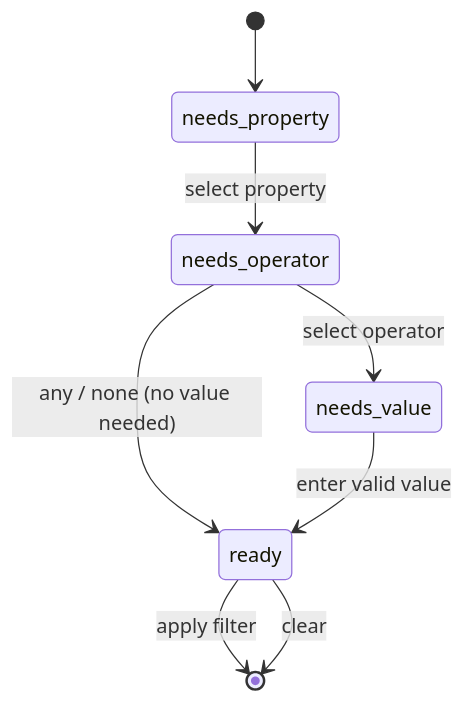
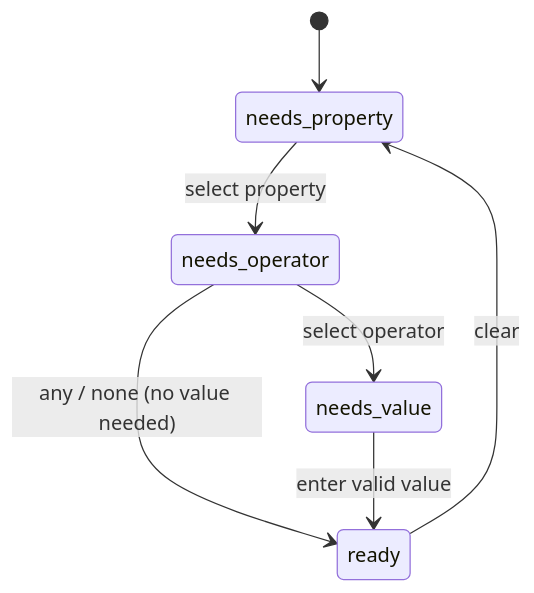
One commit to thaenor/salsify-condition-filter-UI changed the first of 2 diagrams in Docs/02_domain.md. Above: the diagram before and after it, drawn with Mermaid. The commit also changed other lines of this file and 7 other files, not shown here.

````diff
--- a/Docs/02_domain.md
+++ b/Docs/02_domain.md
@@ -5,10 +5,9 @@
 ```mermaid
 stateDiagram-v2
     [*] --> needs_property
     needs_property --> needs_operator : select property
     needs_operator --> needs_value : select operator
     needs_operator --> ready : any / none (no value needed)
     needs_value --> ready : enter valid value
-    ready --> [*] : apply filter
-    ready --> [*] : clear
+    ready --> needs_property : clear
 ```
````
